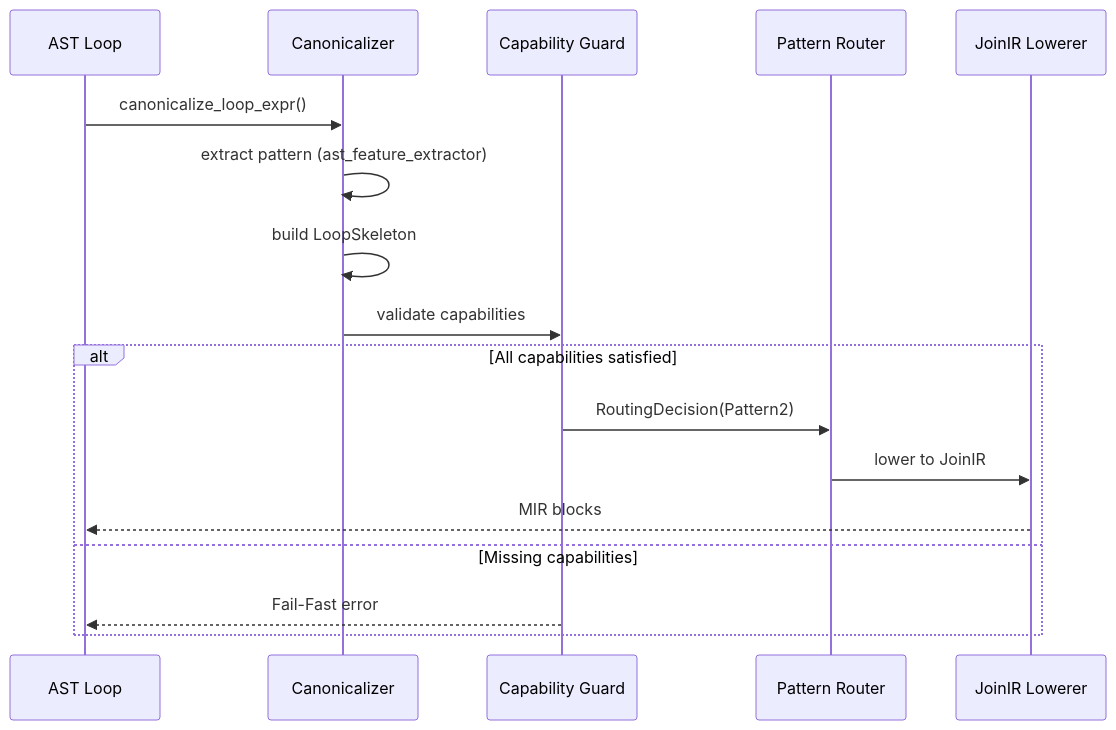
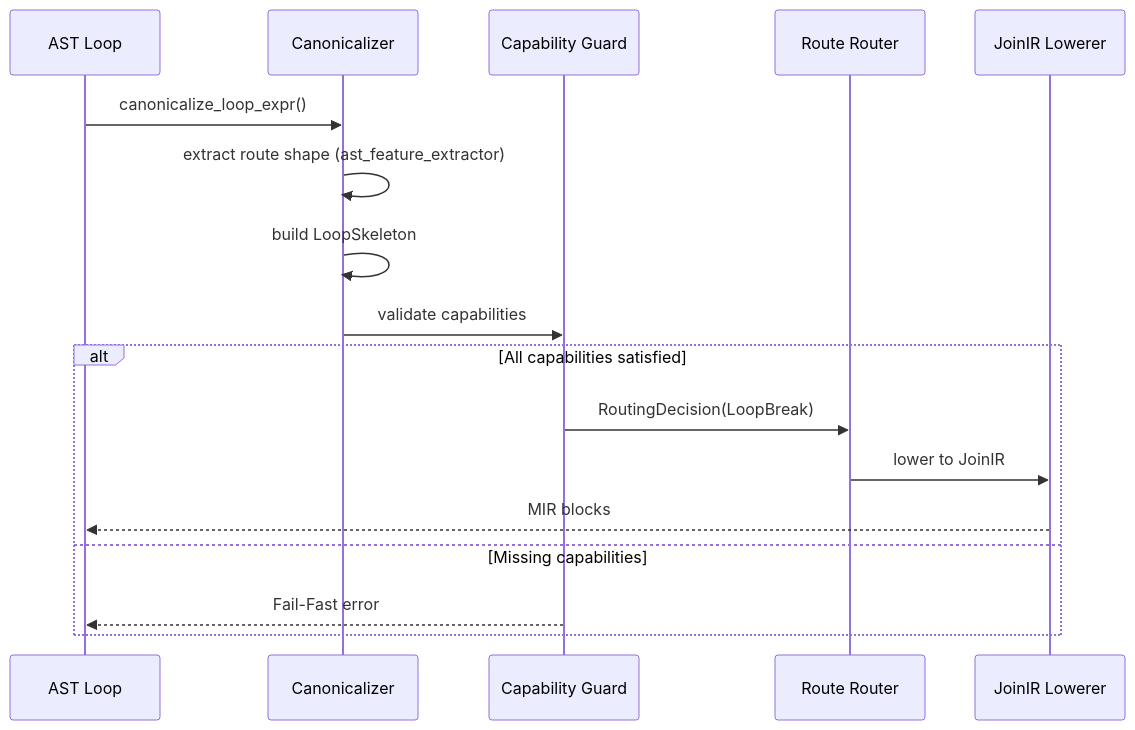
One commit to hakorune/hakorune changed the second of 2 diagrams in docs/development/current/main/design/loop-canonicalizer.md. Above: the diagram before and after it, drawn with Mermaid. The commit also changed other lines of this file and 6 other files, not shown here.

````diff
--- a/docs/development/current/main/design/loop-canonicalizer.md
+++ b/docs/development/current/main/design/loop-canonicalizer.md
@@ -54,20 +54,20 @@
 ```mermaid
 sequenceDiagram
     participant AST as AST Loop
     participant Canon as Canonicalizer
     participant Guard as Capability Guard
-    participant Router as Pattern Router
+    participant Router as Route Router
     participant Lower as JoinIR Lowerer
 
     AST->>Canon: canonicalize_loop_expr()
-    Canon->>Canon: extract pattern (ast_feature_extractor)
+    Canon->>Canon: extract route shape (ast_feature_extractor)
     Canon->>Canon: build LoopSkeleton
     Canon->>Guard: validate capabilities
     alt All capabilities satisfied
-        Guard->>Router: RoutingDecision(Pattern2)
+        Guard->>Router: RoutingDecision(LoopBreak)
         Router->>Lower: lower to JoinIR
         Lower-->>AST: MIR blocks
     else Missing capabilities
         Guard-->>AST: Fail-Fast error
     end
 ```
````
